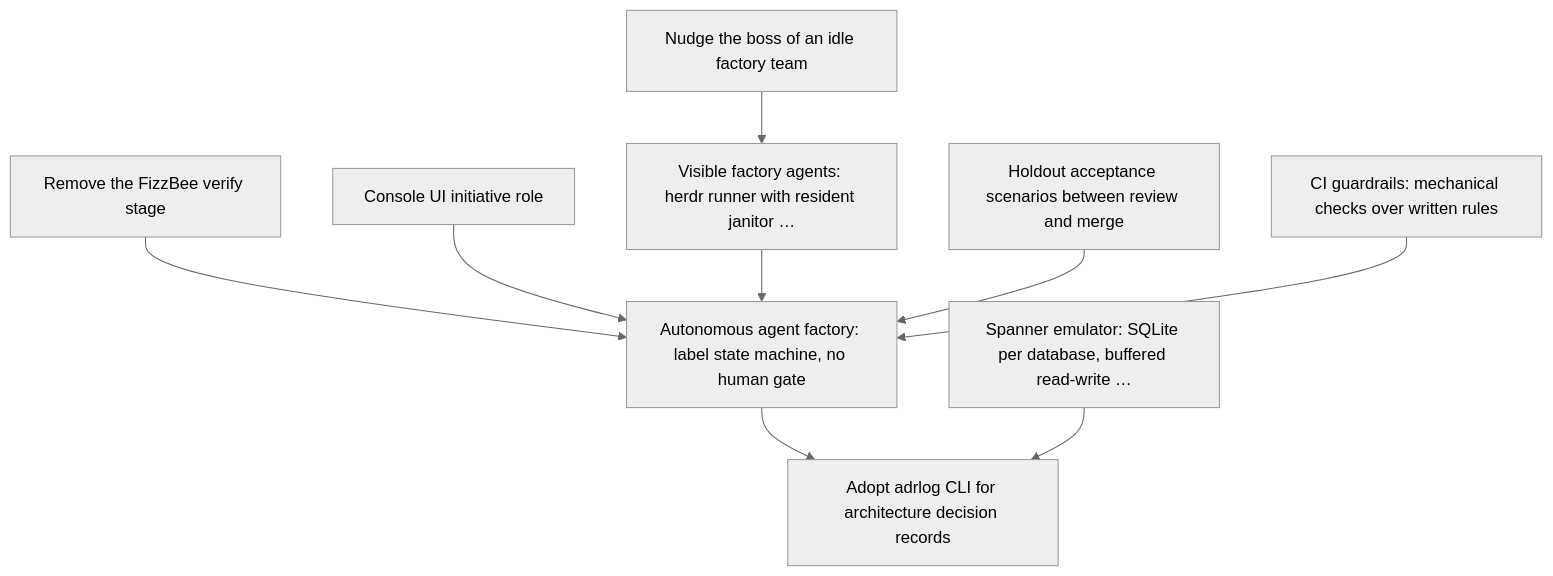
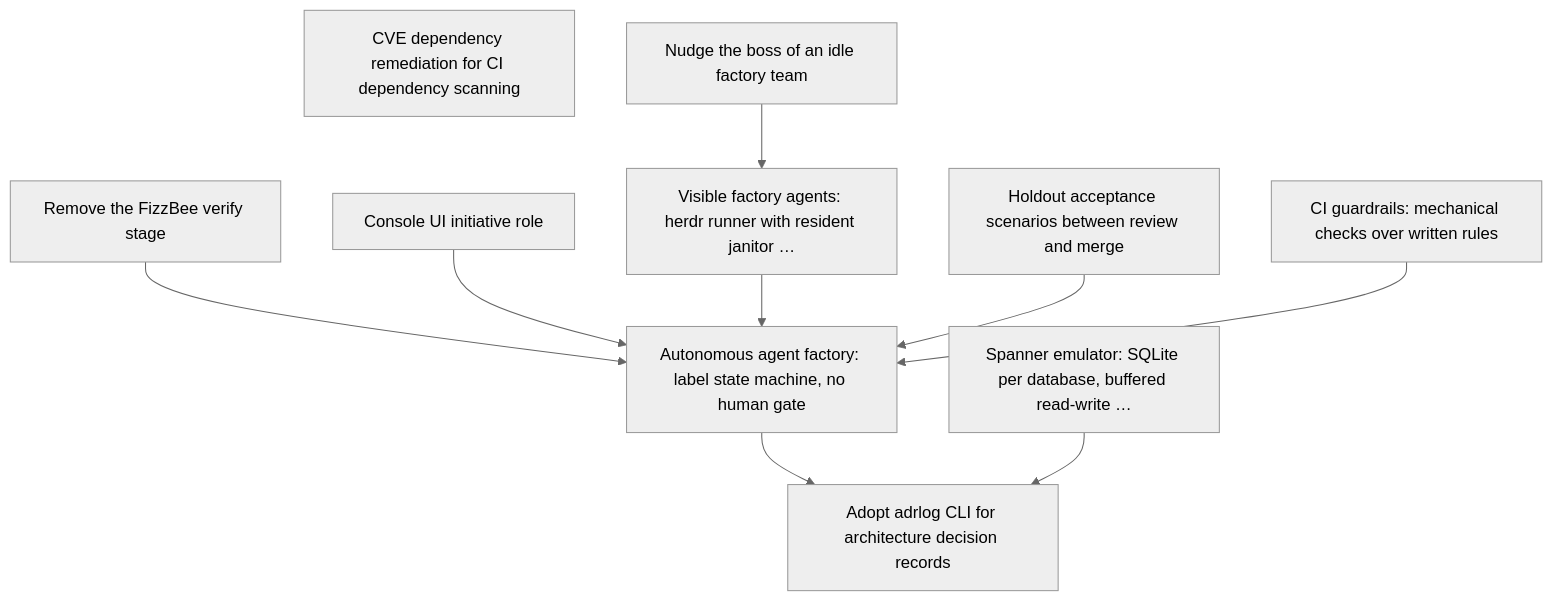
Before and after one commit to GuitarWag/gcp-local: the diagram in docs/adr/README.md, drawn with Mermaid (neutral theme). The commit also changed other lines of this file and 8 other files, not shown here.

````diff
--- a/docs/adr/README.md
+++ b/docs/adr/README.md
@@ -19,20 +20,21 @@
 ```mermaid
 graph TD
-  n0["Remove the FizzBee verify stage"]
-  n1["Nudge the boss of an idle factory team"]
-  n2["Console UI initiative role"]
-  n3["Visible factory agents: herdr runner with resident janitor …"]
-  n4["Holdout acceptance scenarios between review and merge"]
-  n5["CI guardrails: mechanical checks over written rules"]
-  n6["Autonomous agent factory: label state machine, no human gate"]
-  n7["Spanner emulator: SQLite per database, buffered read-write …"]
-  n8["Adopt adrlog CLI for architecture decision records"]
-  n0 --> n6
-  n1 --> n3
-  n2 --> n6
-  n3 --> n6
-  n4 --> n6
-  n5 --> n6
-  n6 --> n8
-  n7 --> n8
+  n0["CVE dependency remediation for CI dependency scanning"]
+  n1["Remove the FizzBee verify stage"]
+  n2["Nudge the boss of an idle factory team"]
+  n3["Console UI initiative role"]
+  n4["Visible factory agents: herdr runner with resident janitor …"]
+  n5["Holdout acceptance scenarios between review and merge"]
+  n6["CI guardrails: mechanical checks over written rules"]
+  n7["Autonomous agent factory: label state machine, no human gate"]
+  n8["Spanner emulator: SQLite per database, buffered read-write …"]
+  n9["Adopt adrlog CLI for architecture decision records"]
+  n1 --> n7
+  n2 --> n4
+  n3 --> n7
+  n4 --> n7
+  n5 --> n7
+  n6 --> n7
+  n7 --> n9
+  n8 --> n9
 ```
````
